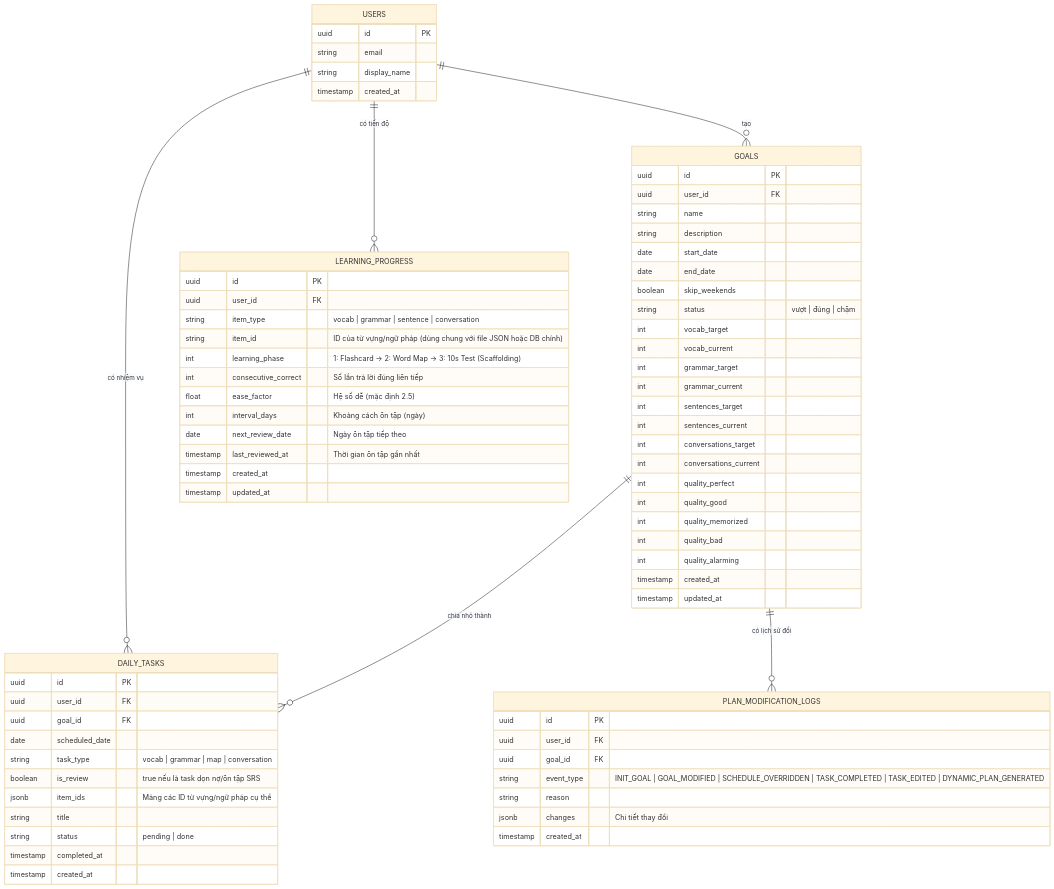
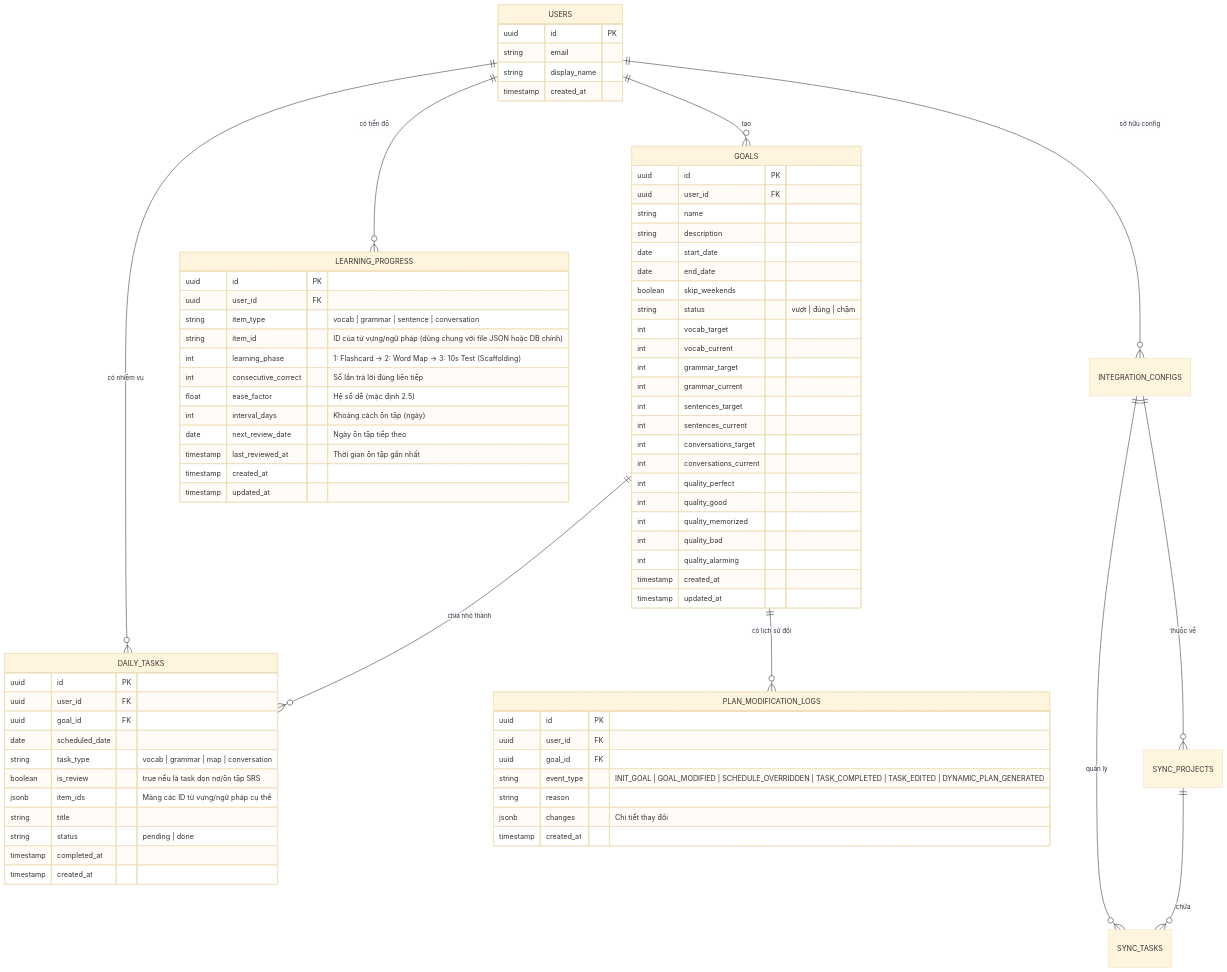
The diagram in DATABASE_SCHEMA.md (quandh-sanshin-vn/MiniThink), drawn with Mermaid (base theme) before and after one commit. The commit also changed other lines of this file and 2 other files, not shown here.

Commit message:
feat(todo): add db schema for backlog integration & api skeleton

```diff
--- a/DATABASE_SCHEMA.md
+++ b/DATABASE_SCHEMA.md
@@ -11,6 +11,11 @@
     USERS ||--o{ DAILY_TASKS : "có nhiệm vụ"
     GOALS ||--o{ DAILY_TASKS : "chia nhỏ thành"
     GOALS ||--o{ PLAN_MODIFICATION_LOGS : "có lịch sử đổi"
+    
+    USERS ||--o{ INTEGRATION_CONFIGS : "sở hữu config"
+    INTEGRATION_CONFIGS ||--o{ SYNC_PROJECTS : "thuộc về"
+    INTEGRATION_CONFIGS ||--o{ SYNC_TASKS : "quản lý"
+    SYNC_PROJECTS ||--o{ SYNC_TASKS : "chứa"
     
     USERS {
         uuid id PK
```
